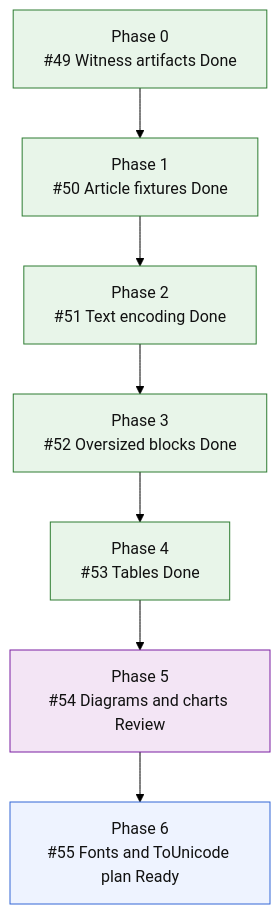
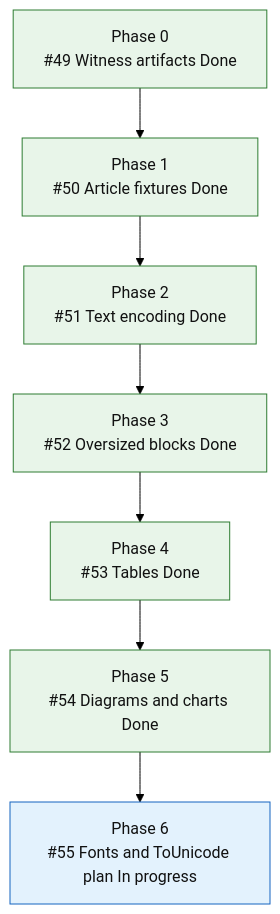
One commit to mihaelamj/MarkdownPDF changed the second of 2 diagrams in README.md. Above: the diagram before and after it, drawn with Mermaid (forest theme).

Commit message:
docs(roadmap): start font profile issue

````diff
--- a/README.md
+++ b/README.md
@@ -212,23 +212,22 @@
 ```mermaid
 flowchart TD
     F0["Phase 0<br/>#49 Witness artifacts Done"]
     F1["Phase 1<br/>#50 Article fixtures Done"]
     F2["Phase 2<br/>#51 Text encoding Done"]
     F3["Phase 3<br/>#52 Oversized blocks Done"]
     F4["Phase 4<br/>#53 Tables Done"]
-    F5["Phase 5<br/>#54 Diagrams and charts Review"]
-    F6["Phase 6<br/>#55 Fonts and ToUnicode plan Ready"]
+    F5["Phase 5<br/>#54 Diagrams and charts Done"]
+    F6["Phase 6<br/>#55 Fonts and ToUnicode plan In progress"]
 
     F0 --> F1 --> F2 --> F3 --> F4 --> F5 --> F6
 
     classDef done fill:#e8f5e9,stroke:#2e7d32,color:#111;
     classDef active fill:#e3f2fd,stroke:#1565c0,color:#111;
     classDef review fill:#f3e5f5,stroke:#7b1fa2,color:#111;
     classDef next fill:#fff8e1,stroke:#f9a825,color:#111;
     classDef todo fill:#eef3ff,stroke:#3367d6,color:#111;
     class F0,F1 done;
     class F2 done;
-    class F3,F4 done;
-    class F5 review;
-    class F6 todo;
+    class F3,F4,F5 done;
+    class F6 active;
 ```
````
